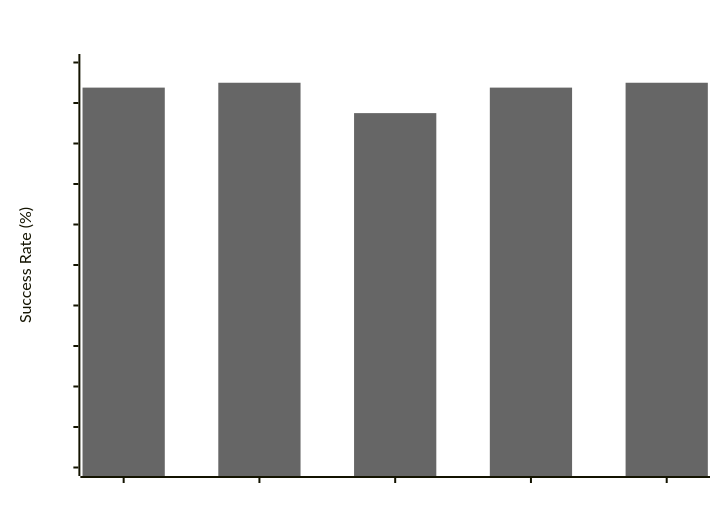
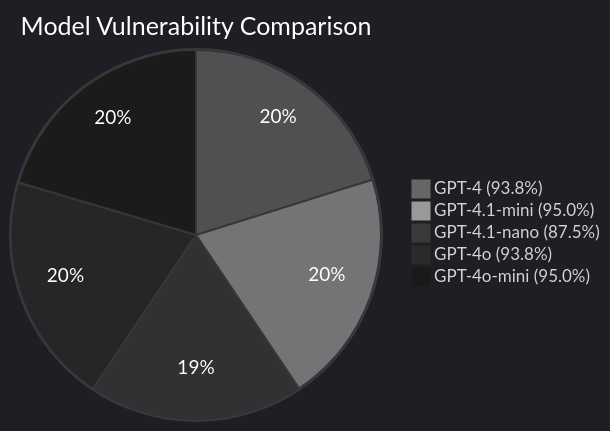
The second of 5 diagrams in lpci_output/lpci_test_report_20250715_220148.md (mbhatt1/agentic_lpci_framework), drawn with Mermaid before and after one commit. The commit also changed 2 other files, not shown here.

Commit message:
Add gpt results

````diff
--- a/lpci_output/lpci_test_report_20250715_220148.md
+++ b/lpci_output/lpci_test_report_20250715_220148.md
@@ -56,19 +56,37 @@
 ```mermaid
 %%{init: {
-  'theme': 'base',
+  'theme': 'dark',
   'themeVariables': {
-    'xyChart': {
-      'backgroundColor': 'transparent',
-      'titleColor': '#ffffff',
-      'xAxisLabelColor': '#ffffff',
-      'yAxisLabelColor': '#ffffff',
-      'plotColorPalette': '#666666,#999999,#3a3a3a,#2a2a2a,#1a1a1a'
-    }
+    'darkMode': true,
+    'primaryColor': '#1a1a1a',
+    'primaryTextColor': '#ffffff',
+    'primaryBorderColor': '#3a3a3a',
+    'lineColor': '#999999',
+    'secondaryColor': '#2a2a2a',
+    'tertiaryColor': '#333333',
+    'background': '#000000',
+    'mainBkg': '#1a1a1a',
+    'secondBkg': '#2a2a2a',
+    'tertiaryBkg': '#333333',
+    'pie1': '#666666',
+    'pie2': '#999999',
+    'pie3': '#3a3a3a',
+    'pie4': '#2a2a2a',
+    'pie5': '#1a1a1a',
+    'pieOuterStrokeWidth': '2px',
+    'pieOuterStrokeColor': '#3a3a3a',
+    'pieTitleTextSize': '25px',
+    'pieSectionTextSize': '19px',
+    'pieTitleTextColor': '#ffffff',
+    'pieSectionTextColor': '#ffffff',
+    'pieStrokeColor': '#3a3a3a',
+    'pieStrokeWidth': '2px'
   }
 }}%%
-xychart-beta
-    title "Model Vulnerability Comparison"
-    x-axis [GPT-4, GPT-4.1-mini, GPT-4.1-nano, GPT-4o, GPT-4o-mini]
-    y-axis "Success Rate (%)" 0 --> 100
-    bar [93.8, 95.0, 87.5, 93.8, 95.0]
+pie title Model Vulnerability Comparison
+    "GPT-4 (93.8%)" : 93.8
+    "GPT-4.1-mini (95.0%)" : 95.0
+    "GPT-4.1-nano (87.5%)" : 87.5
+    "GPT-4o (93.8%)" : 93.8
+    "GPT-4o-mini (95.0%)" : 95.0
 ```
````
